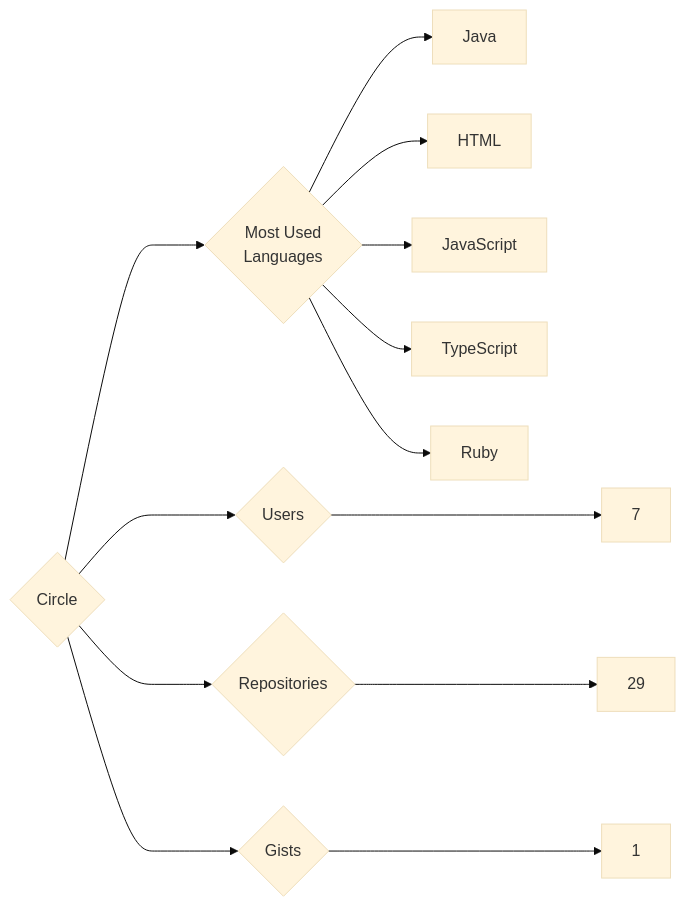
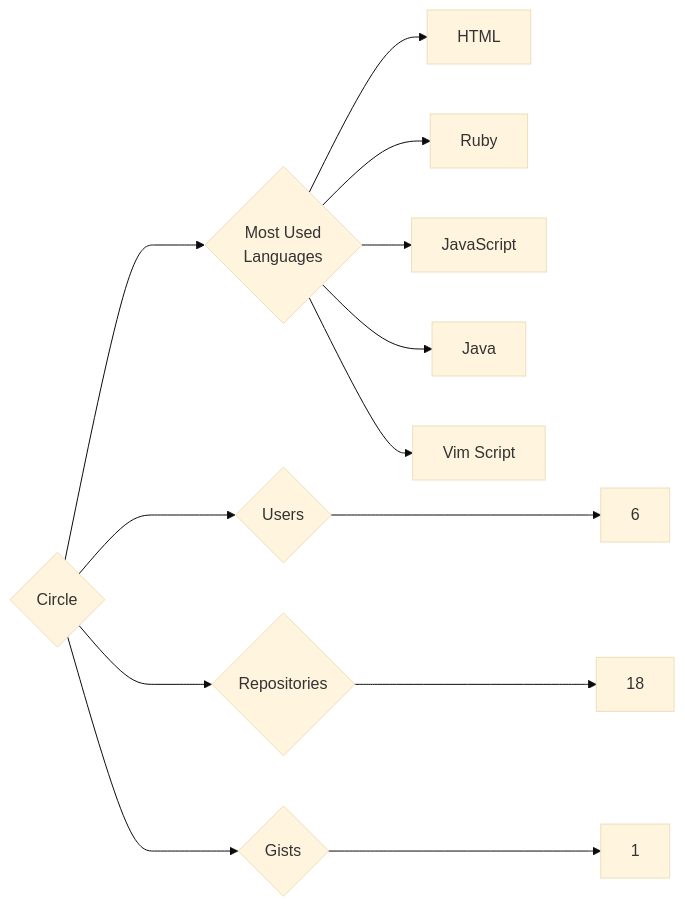
The diagram in targets/Circle/README.md (trickest/insiders), drawn with Mermaid (base theme) before and after one commit. The commit also changed 993 other files, not shown here.

````diff
--- a/targets/Circle/README.md
+++ b/targets/Circle/README.md
@@ -3,13 +3,13 @@
 ```mermaid
 graph LR
 COMPANY_NAME{Circle}
-COMPANY_NAME ---> U{Users} ---> UN[7]
-COMPANY_NAME ---> R{Repositories} ---> RN[29]
+COMPANY_NAME ---> U{Users} ---> UN[6]
+COMPANY_NAME ---> R{Repositories} ---> RN[18]
 COMPANY_NAME ---> G{Gists} ---> GN[1]
 COMPANY_NAME ---> ML{Most Used<br>Languages}
+ML --> HTML[HTML]
+ML --> Ruby[Ruby]
+ML --> JavaScript[JavaScript]
 ML --> Java[Java]
-ML --> HTML[HTML]
-ML --> JavaScript[JavaScript]
-ML --> TypeScript[TypeScript]
-ML --> Ruby[Ruby]
+ML --> Vim_Script[Vim Script]
 ```
````
